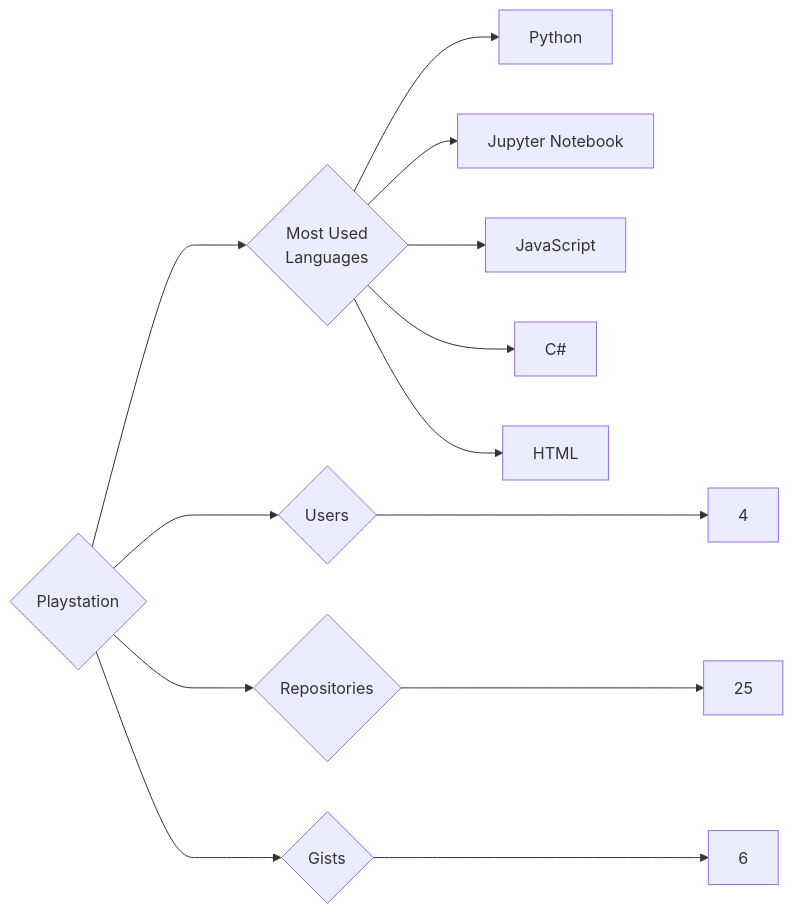
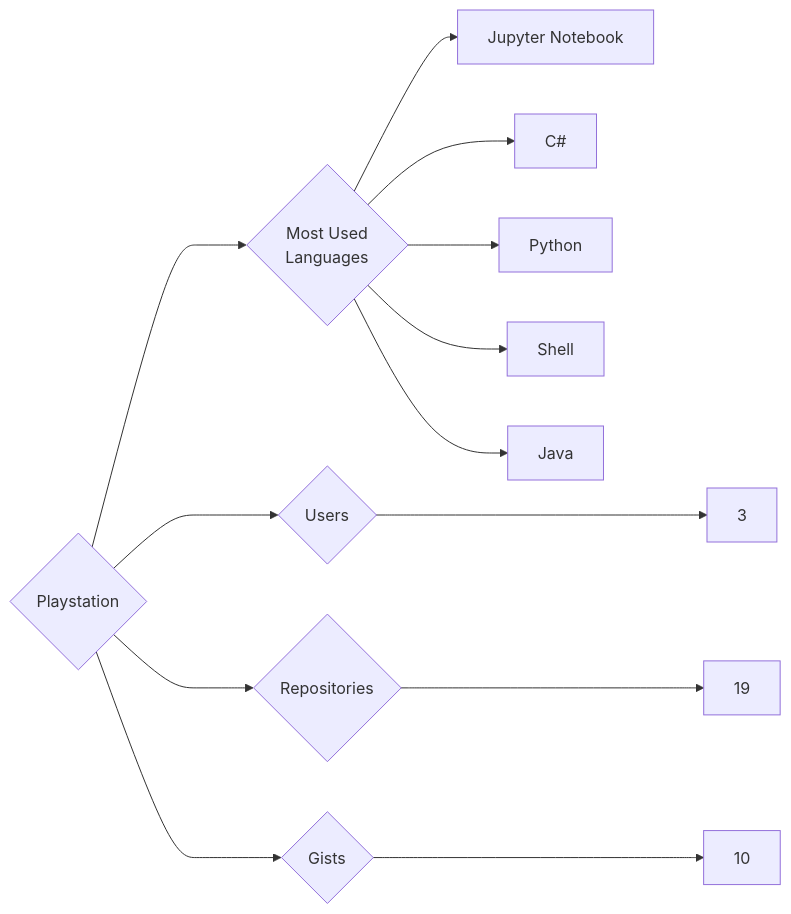
One commit to trickest/insiders changed the diagram in targets/Playstation/README.md. Above: the diagram before and after it, drawn with Mermaid. The commit also changed 1011 other files, not shown here.

````diff
--- a/targets/Playstation/README.md
+++ b/targets/Playstation/README.md
@@ -3,13 +3,13 @@
 ```mermaid
 graph LR
 COMPANY_NAME{Playstation}
-COMPANY_NAME ---> U{Users} ---> UN[4]
-COMPANY_NAME ---> R{Repositories} ---> RN[25]
-COMPANY_NAME ---> G{Gists} ---> GN[6]
+COMPANY_NAME ---> U{Users} ---> UN[3]
+COMPANY_NAME ---> R{Repositories} ---> RN[19]
+COMPANY_NAME ---> G{Gists} ---> GN[10]
 COMPANY_NAME ---> ML{Most Used<br>Languages}
+ML --> Jupyter_Notebook[Jupyter Notebook]
+ML --> C#[C#]
 ML --> Python[Python]
-ML --> Jupyter_Notebook[Jupyter Notebook]
-ML --> JavaScript[JavaScript]
-ML --> C#[C#]
-ML --> HTML[HTML]
+ML --> Shell[Shell]
+ML --> Java[Java]
 ```
````
